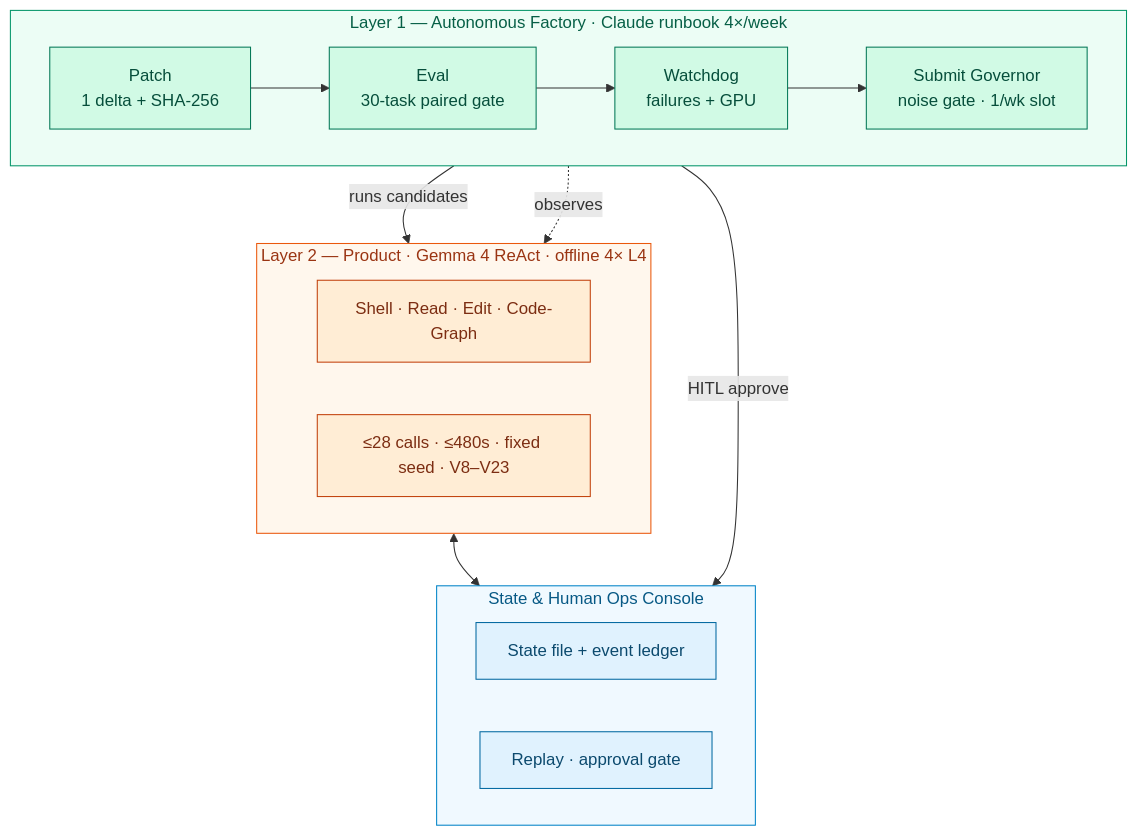
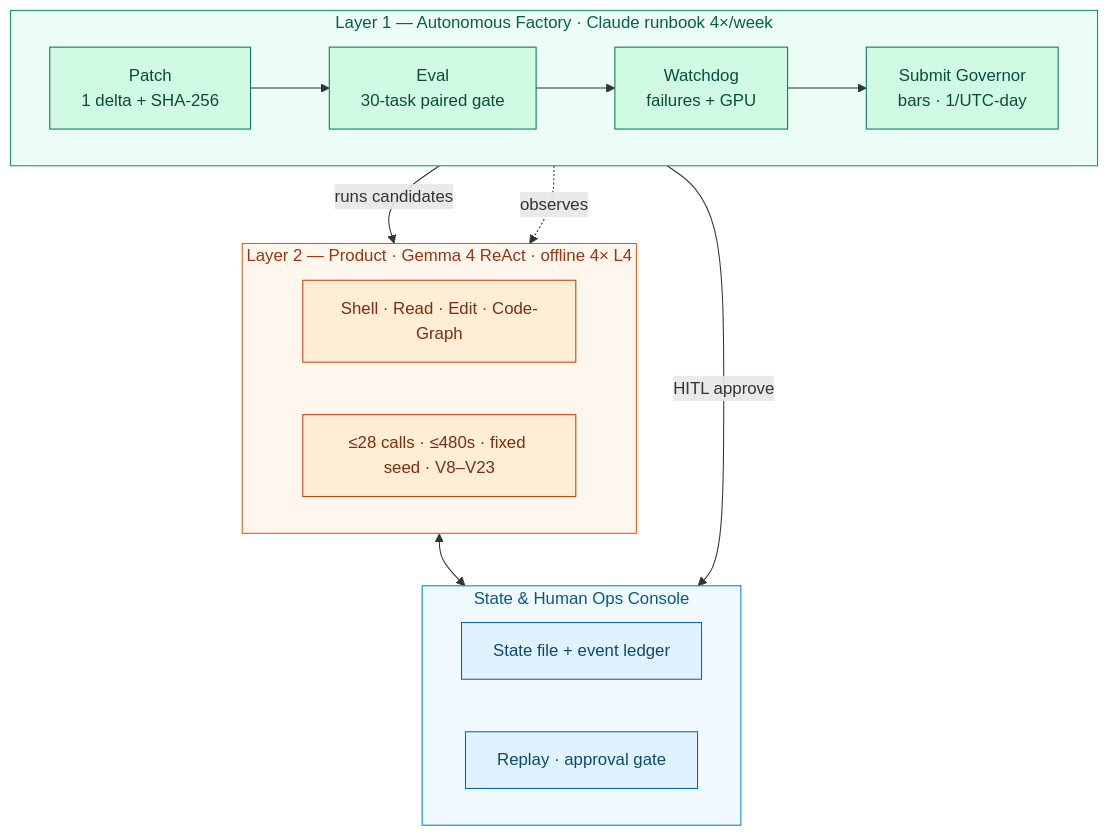
One commit to khaosans/noisegate-gemma4-factory changed the diagram in README.md. Above: the diagram before and after it, drawn with Mermaid. The commit also changed other lines of this file and 18 other files, not shown here.

First line of the commit message:
docs: Submit-Policy for loosened cadence and risk-tiered bars (#20)

````diff
--- a/README.md
+++ b/README.md
@@ -30,34 +30,34 @@
 ```mermaid
 flowchart TB
   subgraph L1["Layer 1 — Autonomous Factory · Claude runbook 4×/week"]
     direction LR
     P[Patch<br/>1 delta + SHA-256] --> E[Eval<br/>30-task paired gate]
     E --> W[Watchdog<br/>failures + GPU]
-    W --> G[Submit Governor<br/>noise gate · 1/wk slot]
+    W --> G[Submit Governor<br/>bars · 1/UTC-day]
   end
 
   subgraph L2["Layer 2 — Product · Gemma 4 ReAct · offline 4× L4"]
     T[Shell · Read · Edit · Code-Graph]
     C["≤28 calls · ≤480s · fixed seed · V8–V23"]
   end
 
   subgraph Ops["State & Human Ops Console"]
     S[State file + event ledger]
     H[Replay · approval gate]
   end
 
   E -->|runs candidates| L2
   W -.->|observes| L2
   G -->|HITL approve| Ops
   L2 <--> Ops
 
   classDef factory fill:#D1FAE5,stroke:#047857,color:#064E3B
   classDef product fill:#FFEDD5,stroke:#C2410C,color:#7C2D12
   classDef ops fill:#E0F2FE,stroke:#0369A1,color:#0C4A6E
   class P,E,W,G factory
   class T,C product
   class S,H ops
   style L1 fill:#ECFDF5,stroke:#059669,color:#065F46
   style L2 fill:#FFF7ED,stroke:#EA580C,color:#9A3412
   style Ops fill:#F0F9FF,stroke:#0284C7,color:#075985
 ```
````
